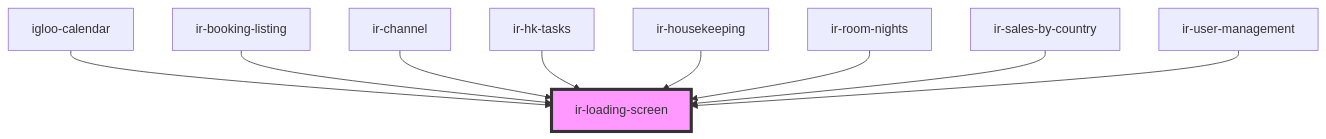
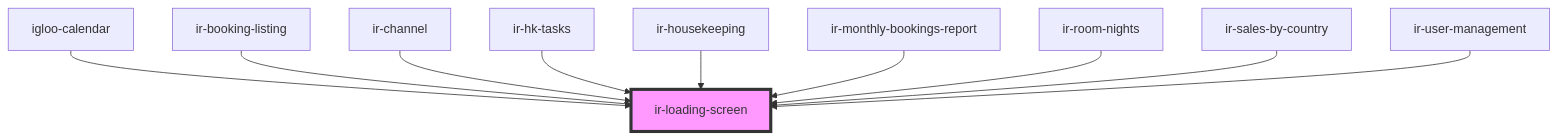
The diagram in src/components/ir-loading-screen/readme.md (David1Chowaifaty/modified-ir-webcmp), drawn with Mermaid before and after one commit. The commit also changed other lines of this file and 58 other files, not shown here.

````diff
--- a/src/components/ir-loading-screen/readme.md
+++ b/src/components/ir-loading-screen/readme.md
@@ -29,12 +30,13 @@
 ```mermaid
 graph TD;
   igloo-calendar --> ir-loading-screen
   ir-booking-listing --> ir-loading-screen
   ir-channel --> ir-loading-screen
   ir-hk-tasks --> ir-loading-screen
   ir-housekeeping --> ir-loading-screen
+  ir-monthly-bookings-report --> ir-loading-screen
   ir-room-nights --> ir-loading-screen
   ir-sales-by-country --> ir-loading-screen
   ir-user-management --> ir-loading-screen
   style ir-loading-screen fill:#f9f,stroke:#333,stroke-width:4px
 ```
````
